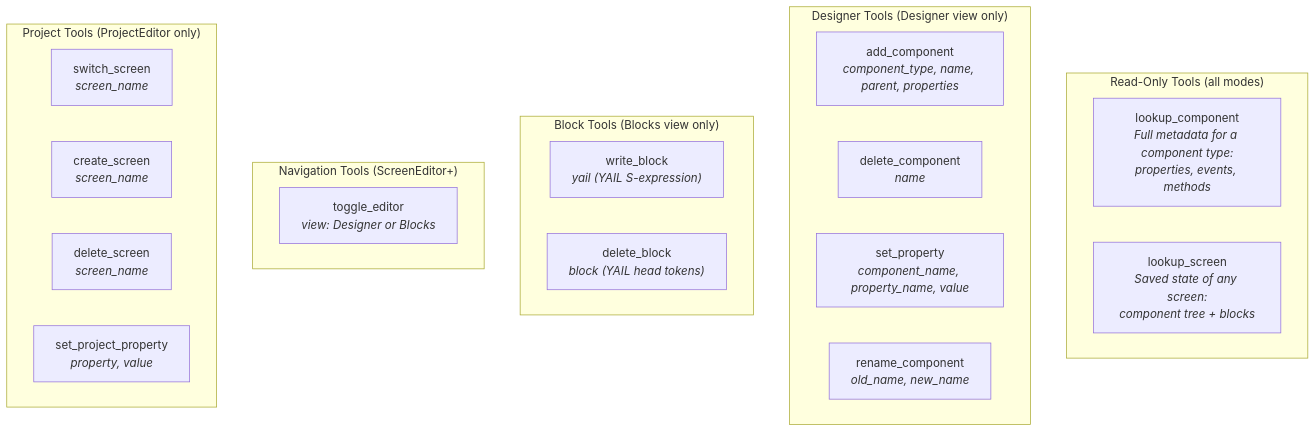
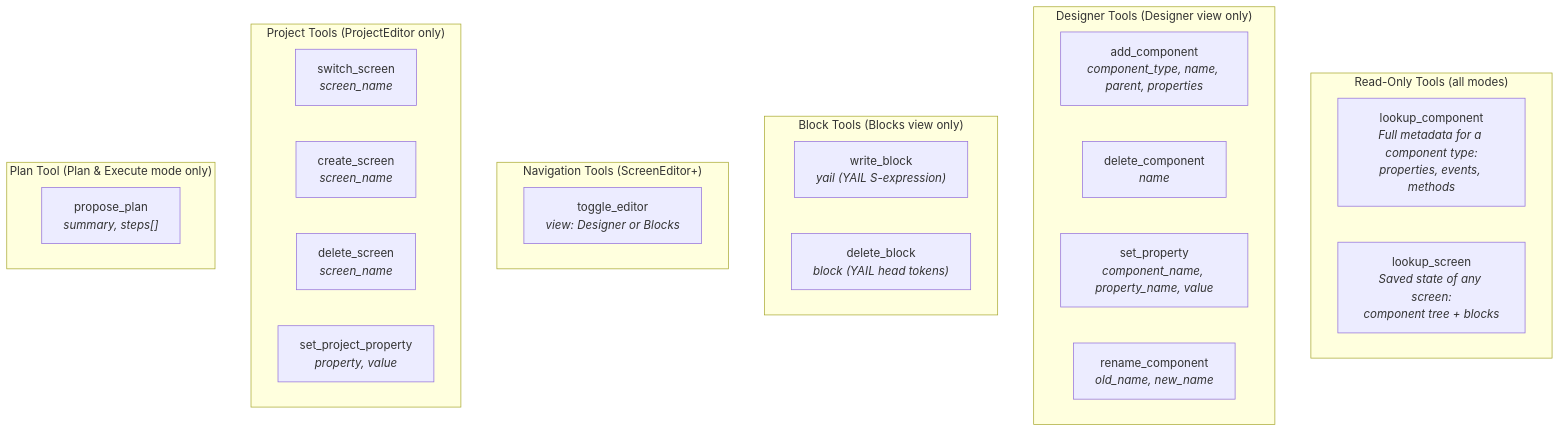
Before and after one commit to mit-cml/appinventor-sources: the third of 18 diagrams in CONTRIBUTING_AI.md, drawn with Mermaid. The commit also changed other lines of this file, not shown here.

Commit message:
Add Plan Mode

````diff
--- a/CONTRIBUTING_AI.md
+++ b/CONTRIBUTING_AI.md
@@ -264,30 +270,34 @@
 ```mermaid
 flowchart TB
     subgraph "Read-Only Tools (all modes)"
         LC["lookup_component<br/><i>Full metadata for a component type:<br/>properties, events, methods</i>"]
         LS["lookup_screen<br/><i>Saved state of any screen:<br/>component tree + blocks</i>"]
     end
 
     subgraph "Designer Tools (Designer view only)"
         AC["add_component<br/><i>component_type, name, parent, properties</i>"]
         DC["delete_component<br/><i>name</i>"]
         SP["set_property<br/><i>component_name, property_name, value</i>"]
         RC["rename_component<br/><i>old_name, new_name</i>"]
     end
 
     subgraph "Block Tools (Blocks view only)"
         WB["write_block<br/><i>yail (YAIL S-expression)</i>"]
         DB["delete_block<br/><i>block (YAIL head tokens)</i>"]
     end
 
     subgraph "Navigation Tools (ScreenEditor+)"
         TE["toggle_editor<br/><i>view: Designer or Blocks</i>"]
     end
 
     subgraph "Project Tools (ProjectEditor only)"
         SS["switch_screen<br/><i>screen_name</i>"]
         CS["create_screen<br/><i>screen_name</i>"]
         DS["delete_screen<br/><i>screen_name</i>"]
         SPP["set_project_property<br/><i>property, value</i>"]
     end
+
+    subgraph "Plan Tool (Plan & Execute mode only)"
+        PP["propose_plan<br/><i>summary, steps[]</i>"]
+    end
 ```
````
